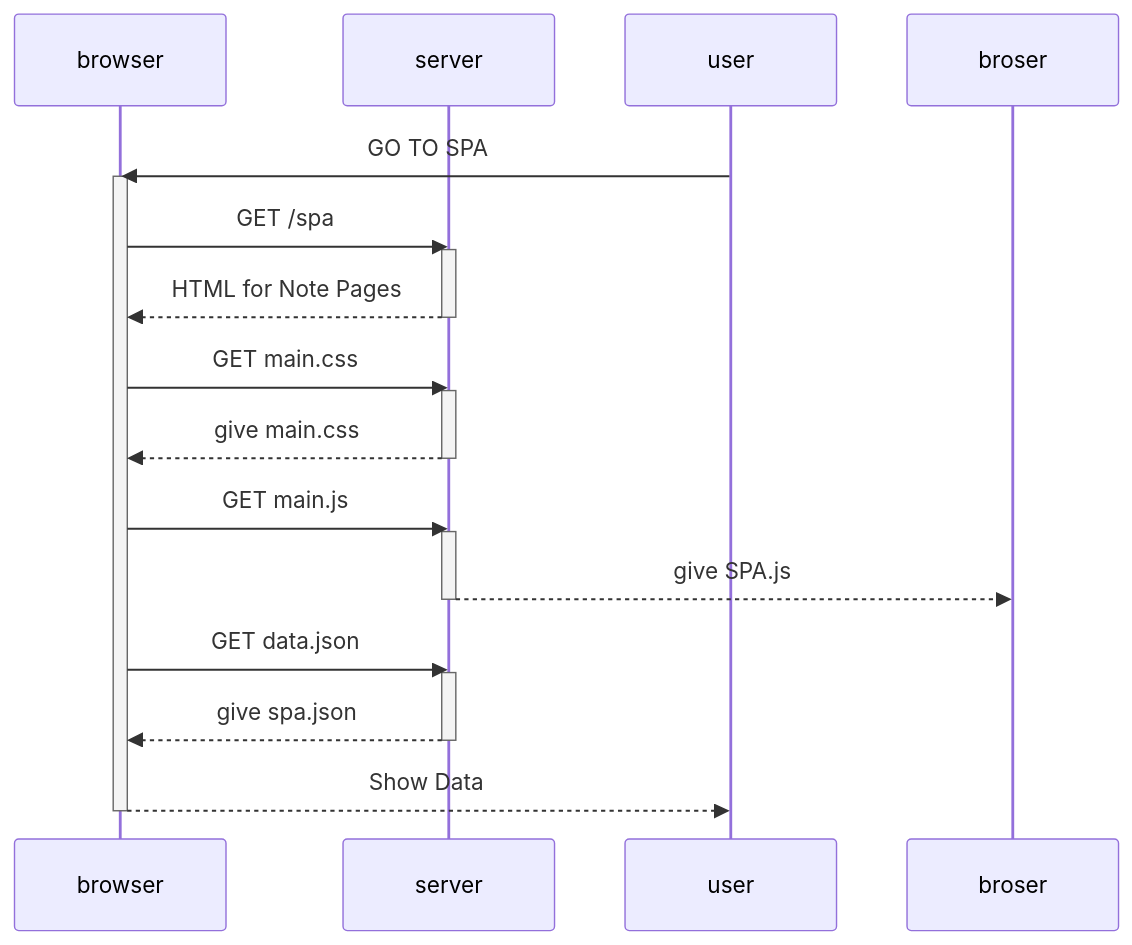
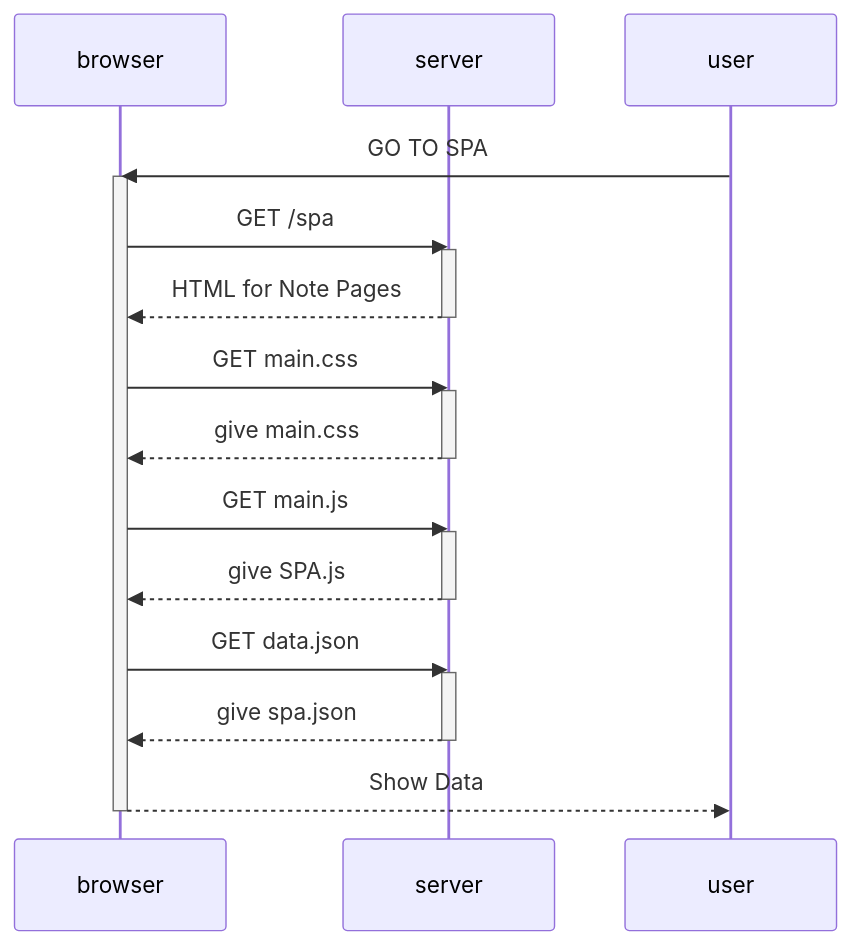
One commit to abrahamparn/fullstackopen changed the second of 2 diagrams in part0/README.md. Above: the diagram before and after it, drawn with Mermaid.

Commit message:
git push

````diff
--- a/part0/README.md
+++ b/part0/README.md
@@ -42,33 +42,33 @@
 ```mermaid
 sequenceDiagram
 participant browser
 participant server
 participant user
 
     user->>browser: GO TO SPA
     activate browser
 
     browser->>server: GET /spa
     activate server
     server-->>browser:HTML for Note Pages
     deactivate server
 
     browser->>server: GET main.css
     activate server
     server-->>browser:give main.css
     deactivate server
 
     browser->>server: GET main.js
     activate server
-    server-->>broser:give SPA.js
+    server-->>browser:give SPA.js
     deactivate server
 
     browser->>server: GET data.json
     activate server
     server-->>browser: give spa.json
     deactivate server
 
     browser-->>user: Show Data
     deactivate browser
 
 ```
````
